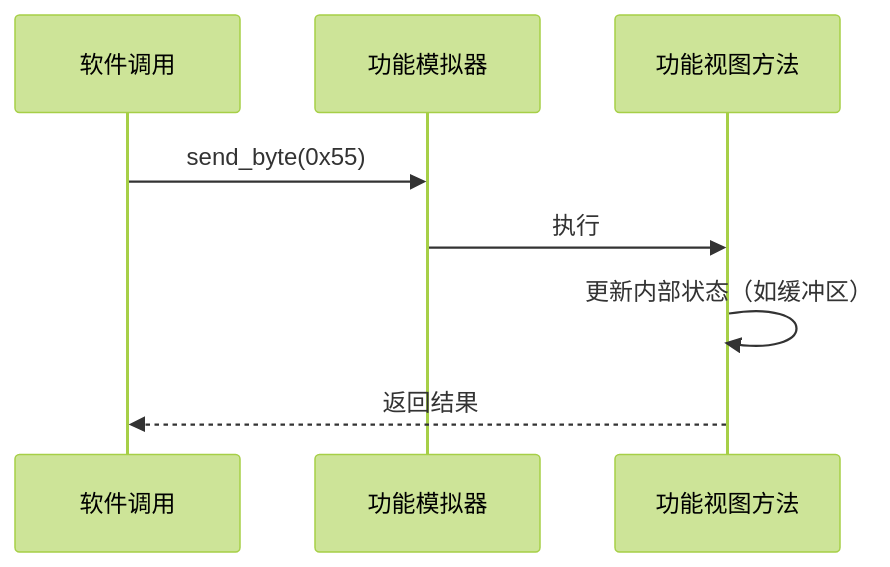
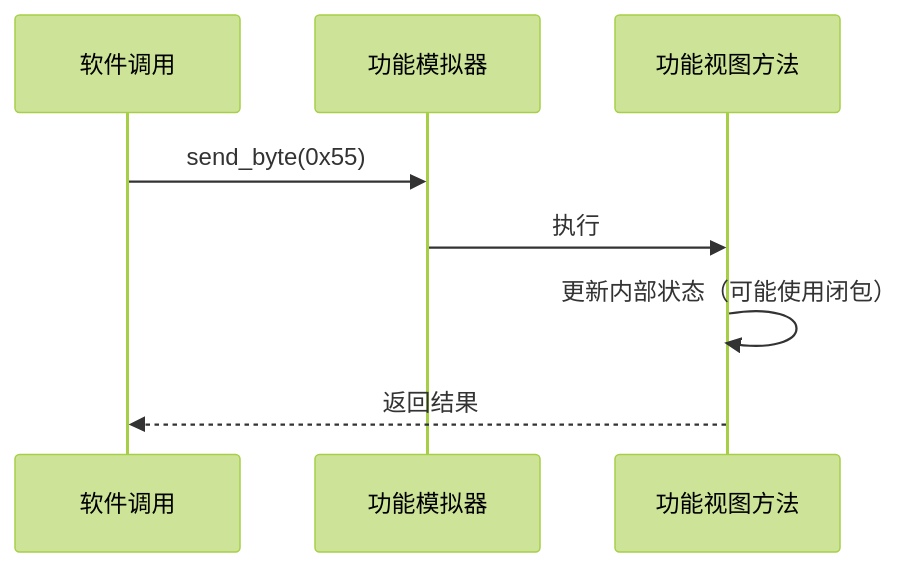
One commit to TangCan/bitloom changed the fourth of 13 diagrams in docs/requirements/14. 验证与仿真.md. Above: the diagram before and after it, drawn with Mermaid (forest theme). The commit also changed other lines of this file and 17 other files, not shown here.

````diff
--- a/docs/requirements/14. 验证与仿真.md
+++ b/docs/requirements/14. 验证与仿真.md
@@ -113,12 +105,11 @@
 ```mermaid
 sequenceDiagram
     participant SW as 软件调用
     participant FSim as 功能模拟器
     participant Model as 功能视图方法
 
     SW->>FSim: send_byte(0x55)
     FSim->>Model: 执行 #[functional_model] 方法
-    Model->>Model: 更新内部状态（如缓冲区）
+    Model->>Model: 更新内部状态（可能使用闭包）
     Model-->>SW: 返回结果
-
 ```
````
